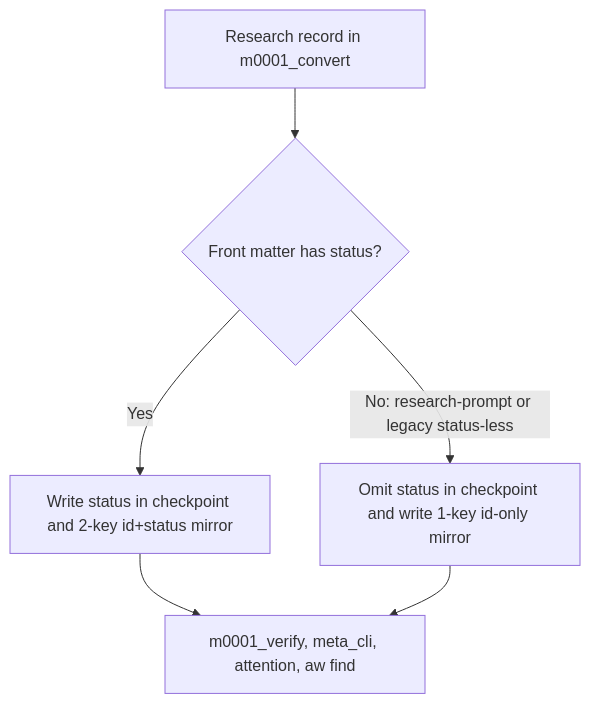
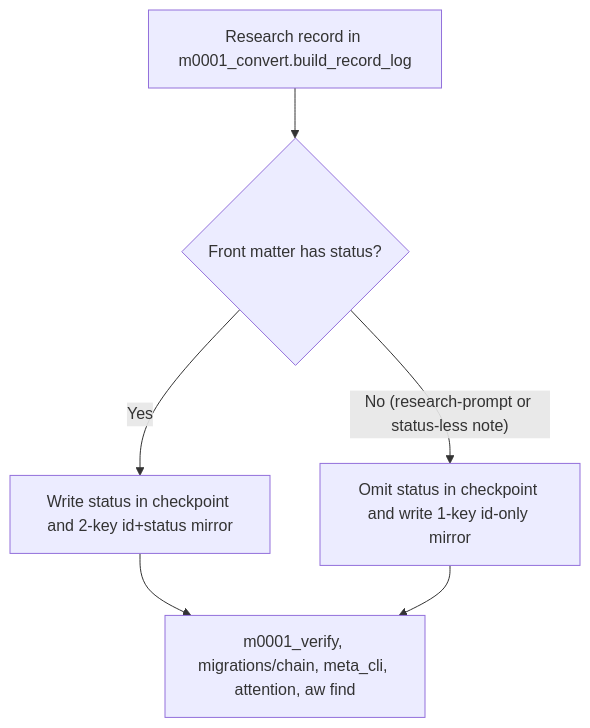
One commit to fariello/agent-workflows changed the diagram in .aw/records/plans/pending/20261121-fnabjy-01-s4utmv-support-status-less-research-records-with-id-only-mirrors-in.ipd.md. Above: the diagram before and after it, drawn with Mermaid. The commit also changed other lines of this file and 1 other file, not shown here.

````diff
--- a/.aw/records/plans/pending/20261121-fnabjy-01-s4utmv-support-status-less-research-records-with-id-only-mirrors-in.ipd.md
+++ b/.aw/records/plans/pending/20261121-fnabjy-01-s4utmv-support-status-less-research-records-with-id-only-mirrors-in.ipd.md
@@ -94,8 +103,8 @@
 ```mermaid
 flowchart TD
-    A[Research record in m0001_convert] --> B{Front matter has status?}
-    B -->|Yes| C[Write status in checkpoint and 2-key id+status mirror]
-    B -->|No: research-prompt or legacy status-less| D[Omit status in checkpoint and write 1-key id-only mirror]
-    C --> E[m0001_verify, meta_cli, attention, aw find]
+    A["Research record in m0001_convert.build_record_log"] --> B{"Front matter has status?"}
+    B -->|Yes| C["Write status in checkpoint and 2-key id+status mirror"]
+    B -->|"No (research-prompt or status-less note)"| D["Omit status in checkpoint and write 1-key id-only mirror"]
+    C --> E["m0001_verify, migrations/chain, meta_cli, attention, aw find"]
     D --> E
 ```
````
